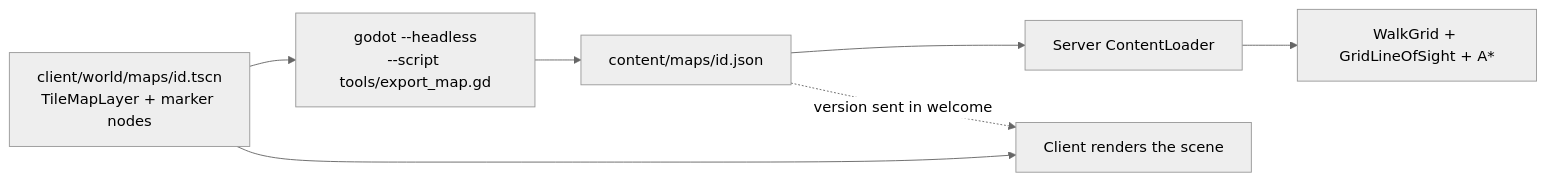
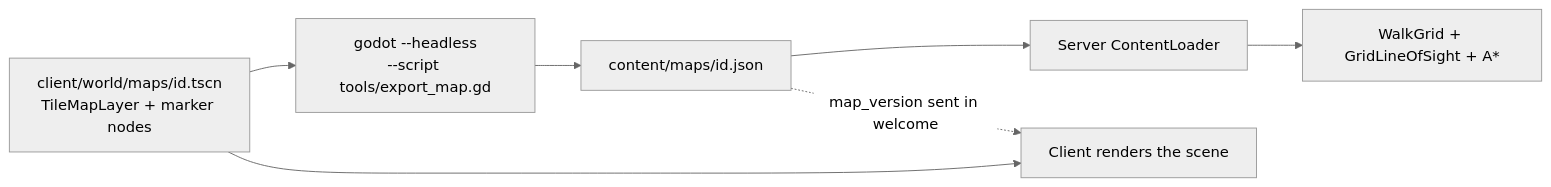
The second of 2 diagrams in docs/architecture/07-data-and-content.md (Faouzi-Blibech/EcoSus-Uncycled), drawn with Mermaid (neutral theme) before and after one commit. The commit also changed other lines of this file and 11 other files, not shown here.

Commit message:
docs: second design review (2026-11-14) for the architecture views and the design spec

````diff
--- a/docs/architecture/07-data-and-content.md
+++ b/docs/architecture/07-data-and-content.md
@@ -154,9 +168,9 @@
 ```mermaid
 flowchart LR
     scene["client/world/maps/id.tscn<br/>TileMapLayer + marker nodes"] --> tool["godot --headless<br/>--script tools/export_map.gd"]
     tool --> json["content/maps/id.json"]
     json --> loader["Server ContentLoader"]
     loader --> grid["WalkGrid + GridLineOfSight + A*"]
     scene --> client["Client renders the scene"]
-    json -. "version sent in welcome" .-> client
+    json -. "map_version sent in welcome" .-> client
 ```
````
